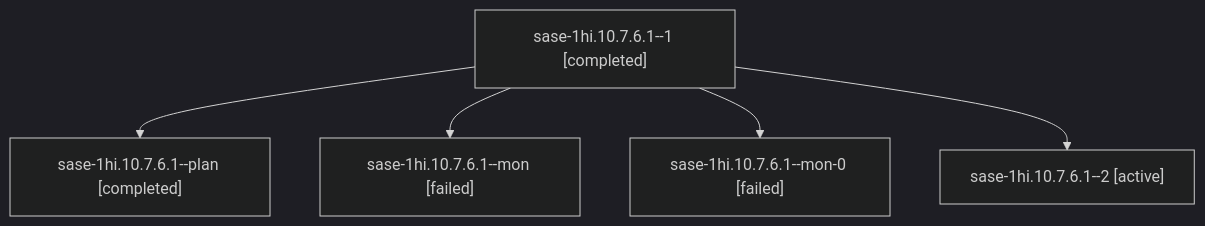
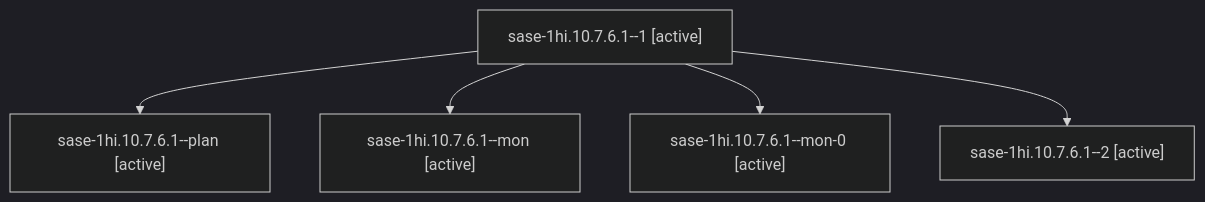
One commit to sase-org/sase--agents changed the diagram in sessions/bbugyi200.apollo.sase-1hi.10.7.6.1.md. Above: the diagram before and after it, drawn with Mermaid (dark theme). The commit also changed other lines of this file and 330 other files, not shown here.

````diff
--- a/sessions/bbugyi200.apollo.sase-1hi.10.7.6.1.md
+++ b/sessions/bbugyi200.apollo.sase-1hi.10.7.6.1.md
@@ -9,12 +9,12 @@
 ```mermaid
 flowchart TD
-  n0["sase-1hi.10.7.6.1--1 [completed]"]
-  n1["sase-1hi.10.7.6.1--plan [completed]"]
+  n0["sase-1hi.10.7.6.1--1 [active]"]
+  n1["sase-1hi.10.7.6.1--plan [active]"]
   n0 --> n1
-  n2["sase-1hi.10.7.6.1--mon [failed]"]
+  n2["sase-1hi.10.7.6.1--mon [active]"]
   n0 --> n2
-  n3["sase-1hi.10.7.6.1--mon-0 [failed]"]
+  n3["sase-1hi.10.7.6.1--mon-0 [active]"]
   n0 --> n3
   n4["sase-1hi.10.7.6.1--2 [active]"]
   n0 --> n4
 ```
````
